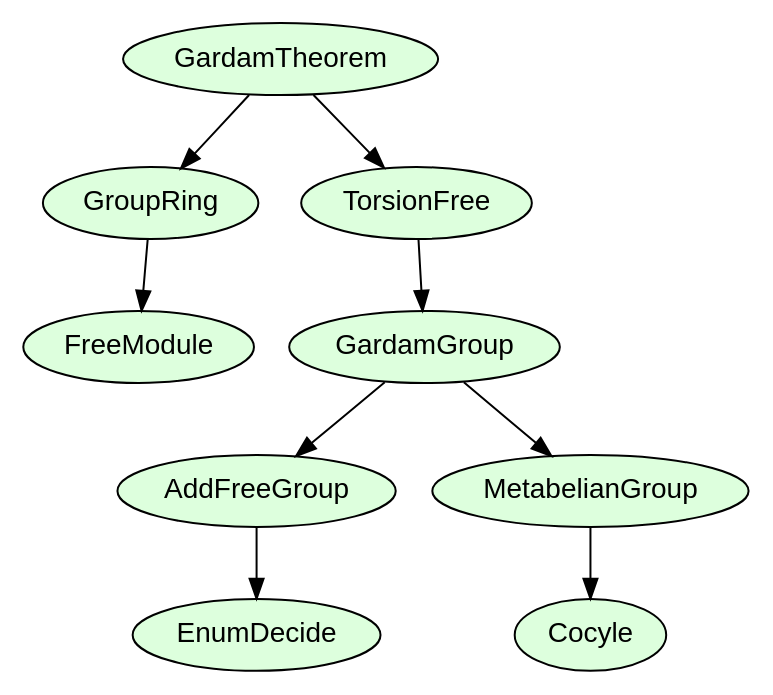
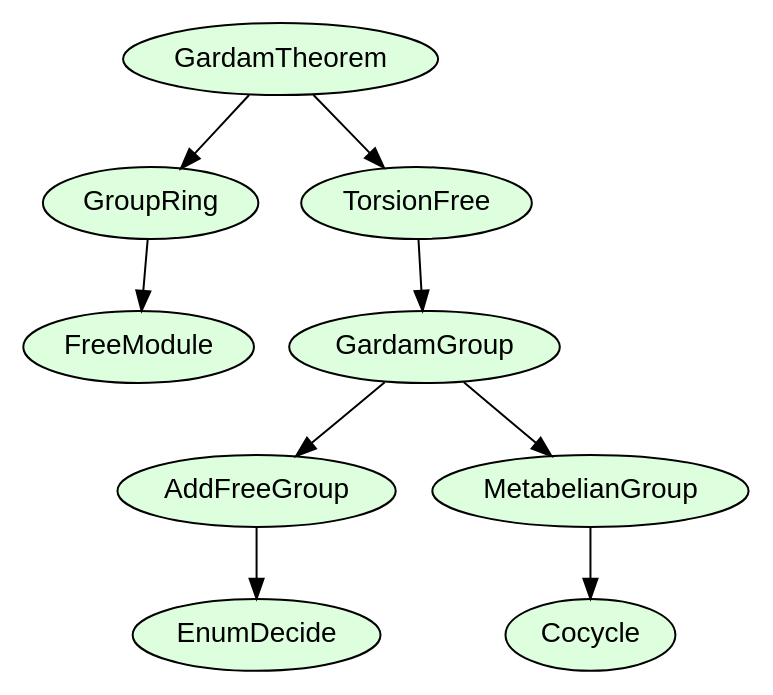
The diagram in UnitConjecture/depgraph.dot (siddhartha-gadgil/Polylean), drawn with Graphviz before and after one commit. The commit also changed 1 other file, not shown here.

```diff
--- a/UnitConjecture/depgraph.dot
+++ b/UnitConjecture/depgraph.dot
@@ -1,28 +1,28 @@
 digraph mygraph {
   fontname="Helvetica,Arial,sans-serif"
   node [fontname="Helvetica,Arial,sans-serif"]
   edge [fontname="Helvetica,Arial,sans-serif"]
   node [
 		style=filled
 		shape=rect
 		pencolor="#00000044" // frames color
 		fontname="Helvetica,Arial,sans-serif"
 		shape=ellipse
 		fillcolor="#00ff0022"
 	];
   "GardamTheorem"
   "GardamTheorem" -> "GroupRing"
   "GardamTheorem" -> "TorsionFree"
   "GroupRing"
   "TorsionFree"
   "GroupRing" -> "FreeModule"
   "TorsionFree" -> "GardamGroup"
   "FreeModule"
   "GardamGroup"
   "GardamGroup" -> "AddFreeGroup"
   "GardamGroup" -> "MetabelianGroup"
   "AddFreeGroup"
   "MetabelianGroup"
   "AddFreeGroup" -> "EnumDecide"
-  "MetabelianGroup" -> "Cocyle"   
+  "MetabelianGroup" -> "Cocycle"   
 }
```
